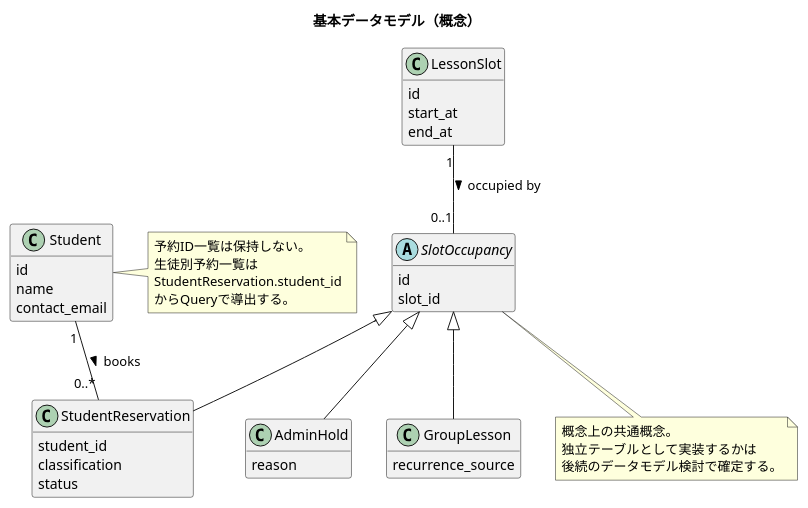
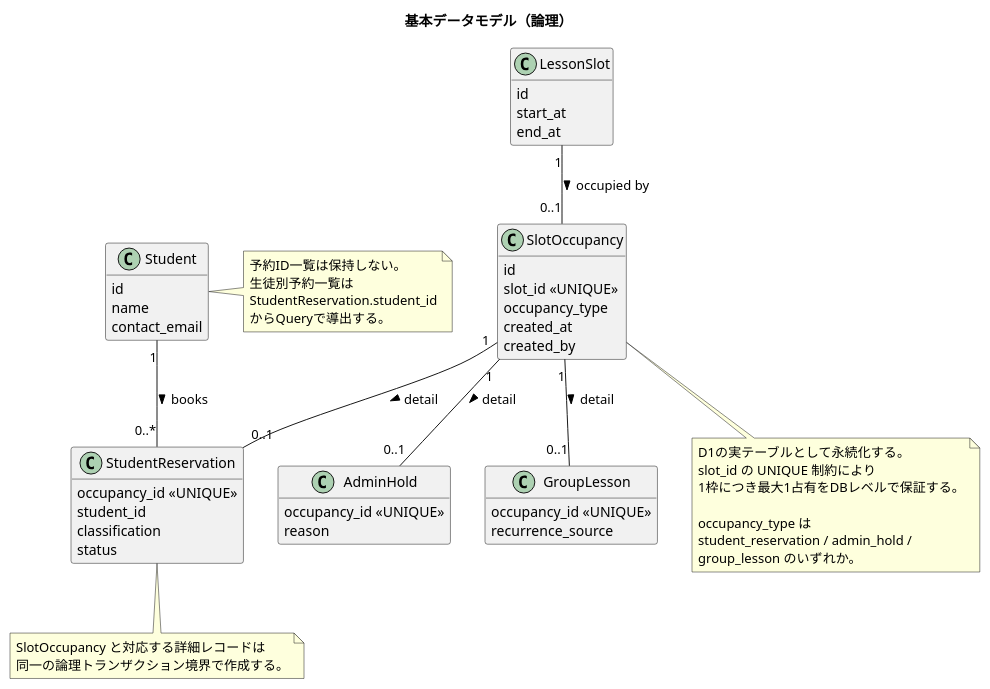
The diagram in docs/diagrams/plantuml/data-model-overview.puml (suzukure/nssscdl), drawn with PlantUML before and after one commit.

Commit message:
Show persisted SlotOccupancy table

```diff
--- a/docs/diagrams/plantuml/data-model-overview.puml
+++ b/docs/diagrams/plantuml/data-model-overview.puml
@@ -1,58 +1,73 @@
 @startuml
 hide methods
 hide stereotypes
 skinparam classAttributeIconSize 0
 
-title 基本データモデル（概念）
+title 基本データモデル（論理）
 
 class Student {
   id
   name
   contact_email
 }
 
 class LessonSlot {
   id
   start_at
   end_at
 }
 
-abstract class SlotOccupancy {
+class SlotOccupancy {
   id
-  slot_id
+  slot_id <<UNIQUE>>
+  occupancy_type
+  created_at
+  created_by
 }
 
 class StudentReservation {
+  occupancy_id <<UNIQUE>>
   student_id
   classification
   status
 }
 
 class AdminHold {
+  occupancy_id <<UNIQUE>>
   reason
 }
 
 class GroupLesson {
+  occupancy_id <<UNIQUE>>
   recurrence_source
 }
 
 Student "1" -- "0..*" StudentReservation : books >
 LessonSlot "1" -- "0..1" SlotOccupancy : occupied by >
-SlotOccupancy <|-- StudentReservation
-SlotOccupancy <|-- AdminHold
-SlotOccupancy <|-- GroupLesson
+SlotOccupancy "1" -- "0..1" StudentReservation : detail >
+SlotOccupancy "1" -- "0..1" AdminHold : detail >
+SlotOccupancy "1" -- "0..1" GroupLesson : detail >
 
 note right of Student
   予約ID一覧は保持しない。
   生徒別予約一覧は
   StudentReservation.student_id
   からQueryで導出する。
 end note
 
 note bottom of SlotOccupancy
-  概念上の共通概念。
-  独立テーブルとして実装するかは
-  後続のデータモデル検討で確定する。
+  D1の実テーブルとして永続化する。
+  slot_id の UNIQUE 制約により
+  1枠につき最大1占有をDBレベルで保証する。
+
+  occupancy_type は
+  student_reservation / admin_hold /
+  group_lesson のいずれか。
+end note
+
+note bottom of StudentReservation
+  SlotOccupancy と対応する詳細レコードは
+  同一の論理トランザクション境界で作成する。
 end note
 
 @enduml
```
